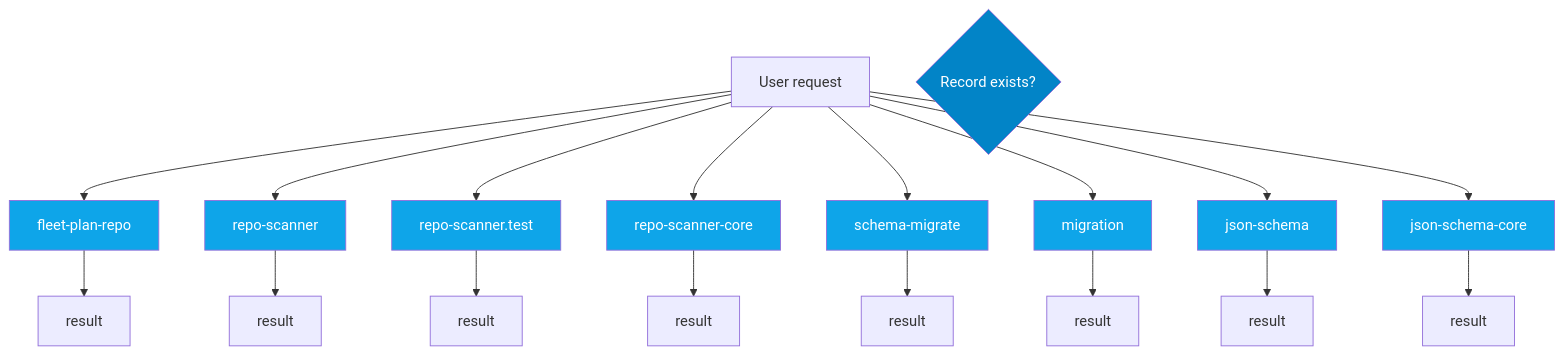
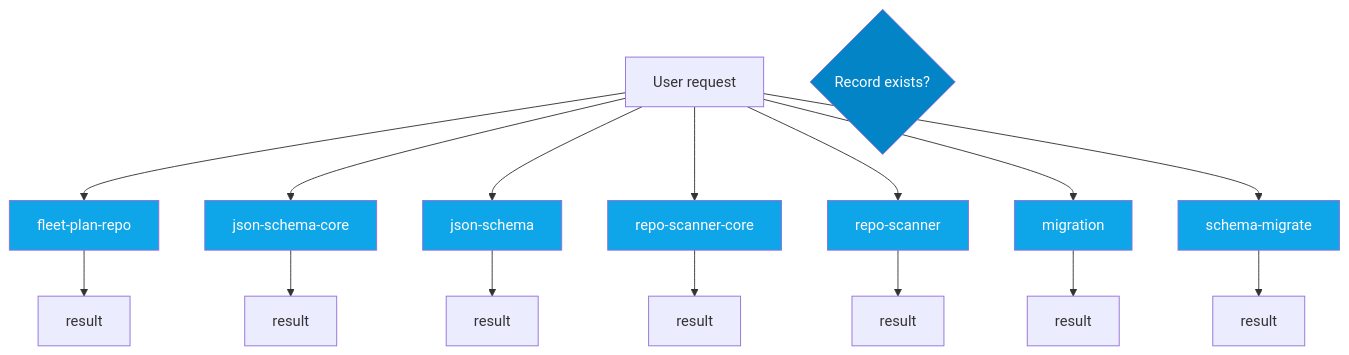
The sixth of 14 diagrams in AI/context/diagram-context.md (jscraik/coding-harness), drawn with Mermaid before and after one commit. The commit also changed other lines of this file and 74 other files, not shown here.

````diff
--- a/AI/context/diagram-context.md
+++ b/AI/context/diagram-context.md
@@ -464,34 +373,31 @@
 ```mermaid
 flowchart TD
   UserRequest["User request"]
   Decision{Record exists?}
   fleet_plan_repo_ecdc6499["fleet-plan-repo"]
   UserRequest --> fleet_plan_repo_ecdc6499
   fleet_plan_repo_ecdc6499 --> fleet_plan_repo_ecdc6499_result["result"]
+  json_schema_core_96d7e328["json-schema-core"]
+  UserRequest --> json_schema_core_96d7e328
+  json_schema_core_96d7e328 --> json_schema_core_96d7e328_result["result"]
+  json_schema_74a768d7["json-schema"]
+  UserRequest --> json_schema_74a768d7
+  json_schema_74a768d7 --> json_schema_74a768d7_result["result"]
+  repo_scanner_core_8e9f7646["repo-scanner-core"]
+  UserRequest --> repo_scanner_core_8e9f7646
+  repo_scanner_core_8e9f7646 --> repo_scanner_core_8e9f7646_result["result"]
   repo_scanner_a8b2579e["repo-scanner"]
   UserRequest --> repo_scanner_a8b2579e
   repo_scanner_a8b2579e --> repo_scanner_a8b2579e_result["result"]
-  repo_scanner_test_cb7e9d00["repo-scanner.test"]
-  UserRequest --> repo_scanner_test_cb7e9d00
-  repo_scanner_test_cb7e9d00 --> repo_scanner_test_cb7e9d00_result["result"]
-  repo_scanner_core_8e9f7646["repo-scanner-core"]
-  UserRequest --> repo_scanner_core_8e9f7646
-  repo_scanner_core_8e9f7646 --> repo_scanner_core_8e9f7646_result["result"]
+  migration_8a6cead4["migration"]
+  UserRequest --> migration_8a6cead4
+  migration_8a6cead4 --> migration_8a6cead4_result["result"]
   schema_migrate_c0646635["schema-migrate"]
   UserRequest --> schema_migrate_c0646635
   schema_migrate_c0646635 --> schema_migrate_c0646635_result["result"]
-  migration_8a6cead4["migration"]
-  UserRequest --> migration_8a6cead4
-  migration_8a6cead4 --> migration_8a6cead4_result["result"]
-  json_schema_74a768d7["json-schema"]
-  UserRequest --> json_schema_74a768d7
-  json_schema_74a768d7 --> json_schema_74a768d7_result["result"]
-  json_schema_core_96d7e328["json-schema-core"]
-  UserRequest --> json_schema_core_96d7e328
-  json_schema_core_96d7e328 --> json_schema_core_96d7e328_result["result"]
   classDef dbNode fill:#0ea5e9,color:#fff
-  class fleet_plan_repo_ecdc6499,repo_scanner_a8b2579e,repo_scanner_test_cb7e9d00,repo_scanner_core_8e9f7646,schema_migrate_c0646635,migration_8a6cead4,json_schema_74a768d7,json_schema_core_96d7e328 dbNode
+  class fleet_plan_repo_ecdc6499,json_schema_core_96d7e328,json_schema_74a768d7,repo_scanner_core_8e9f7646,repo_scanner_a8b2579e,migration_8a6cead4,schema_migrate_c0646635 dbNode
   classDef decisionNode fill:#0284c7,color:#fff
   class Decision decisionNode
 
 ```
````
